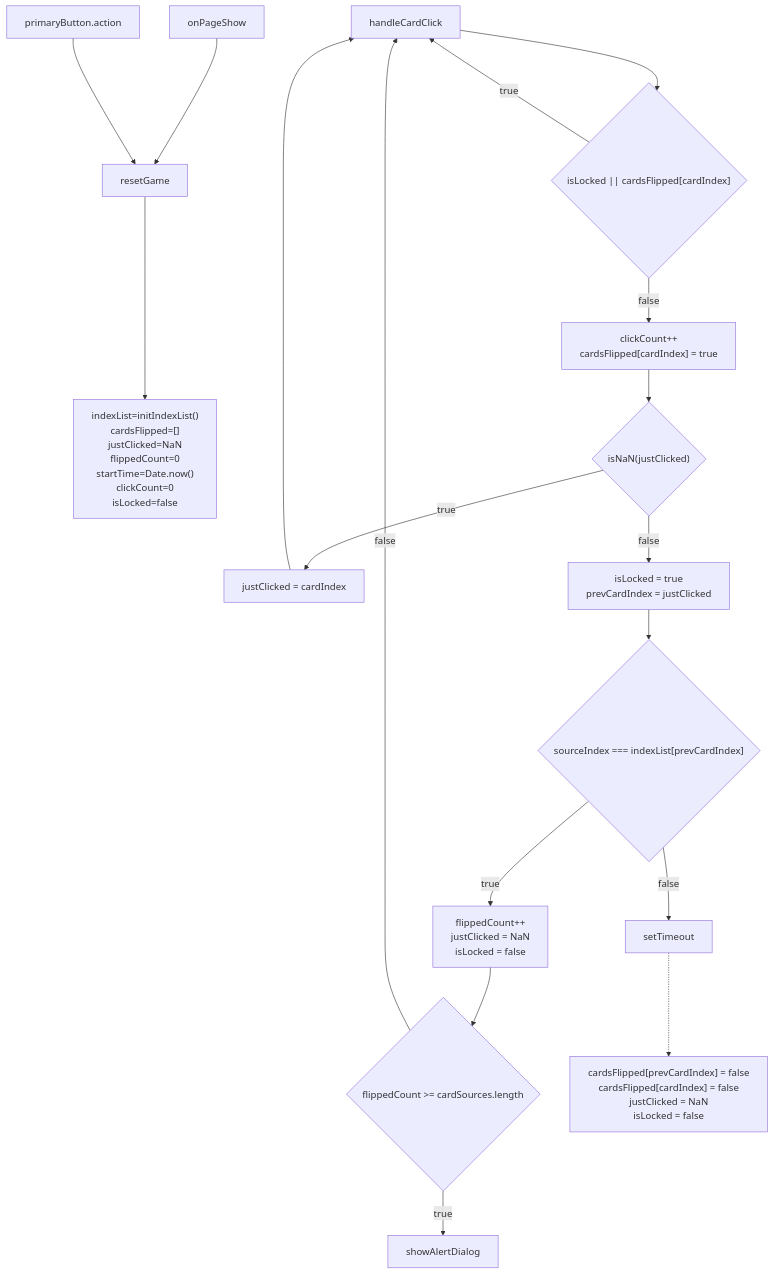
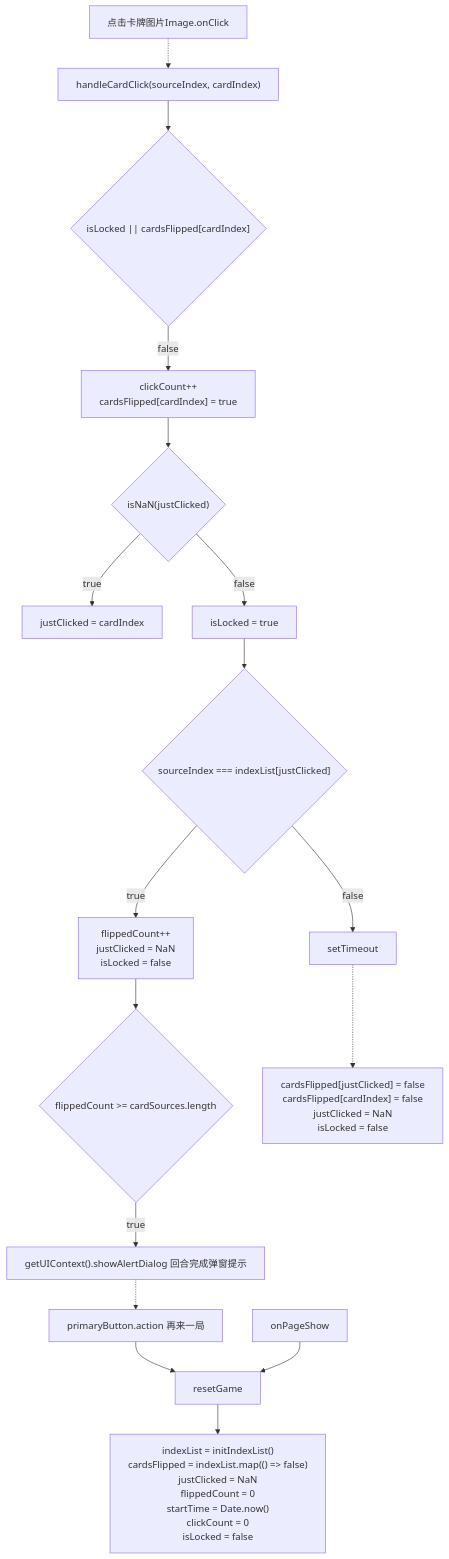
The diagram in flow.mmd (tellip/InterstellarAirCard), drawn with Mermaid before and after one commit. The commit also changed 1 other file, not shown here.

```diff
--- a/flow.mmd
+++ b/flow.mmd
@@ -1,24 +1,20 @@
-flowchart TD
-    classDef default white-space:nowrap
+graph TD
+    classDef default white-space: nowrap
 
-    A0[onPageShow] --> A1[resetGame]
-    A2[primaryButton.action] --> A1
-    A1 ---> A3["indexList=initIndexList()<br/>cardsFlipped=[]<br/>justClicked=NaN<br/>flippedCount=0<br/>startTime=Date.now()<br/>clickCount=0<br/>isLocked=false"]
+    A0["点击卡牌图片Image.onClick"] -.-> A1["handleCardClick(sourceIndex, cardIndex)"]
+    A1 --> A2{"isLocked || cardsFlipped[cardIndex]"}
+    -->|false| A3["clickCount++<br/>cardsFlipped[cardIndex] = true"]
+    --> A4{"isNaN(justClicked)"}
+    -->|true| A5["justClicked = cardIndex"]
+    A4 -->|false| A6["isLocked = true"]
+    --> A7{"sourceIndex === indexList[justClicked]"}
+    -->|true| A8["flippedCount++<br/>justClicked = NaN<br/>isLocked = false"]
+    --> A9{"flippedCount >= cardSources.length"}
+    -->|true| A10["getUIContext().showAlertDialog 回合完成弹窗提示"]
+    A7 -->|false| A11[setTimeout]
+    -.-> A12["cardsFlipped[justClicked] = false<br/>cardsFlipped[cardIndex] = false<br/>justClicked = NaN<br/>isLocked = false"]
 
-    B0[handleCardClick] --> B1{"isLocked || cardsFlipped[cardIndex]"}
-    B1 -->|true| B0
-    B1 -->|false| B2["clickCount++<br/>cardsFlipped[cardIndex] = true"]
-    B2 --> B3{"isNaN(justClicked)"}
-    B3 -->|true| B4[justClicked = cardIndex]
-    B4 --> B0
-    B3 -->|false| B5["isLocked = true<br/>prevCardIndex = justClicked"]
-    B5 --> B6{"sourceIndex === indexList[prevCardIndex]"}
-    B6 -->|true| B7["flippedCount++<br/>justClicked = NaN<br/>isLocked = false"]
-    B7 --> B8{"flippedCount >= cardSources.length"}
-    B8 -->|false| B0
-    B8 -->|true| B9[showAlertDialog]
-    B6 -->|false| B10[setTimeout]
+    A10 -.-> A13["primaryButton.action 再来一局"] --> B1
 
-    B10 -.-> C0
-
-    C0["cardsFlipped[prevCardIndex] = false<br/>cardsFlipped[cardIndex] = false<br/>justClicked = NaN<br/>isLocked = false"]
+    B0[onPageShow] --> B1[resetGame]
+    --> B2["indexList = initIndexList()<br/>cardsFlipped = indexList.map(() => false)<br/>justClicked = NaN<br/>flippedCount = 0<br/>startTime = Date.now()<br/>clickCount = 0<br/>isLocked = false"]
```
